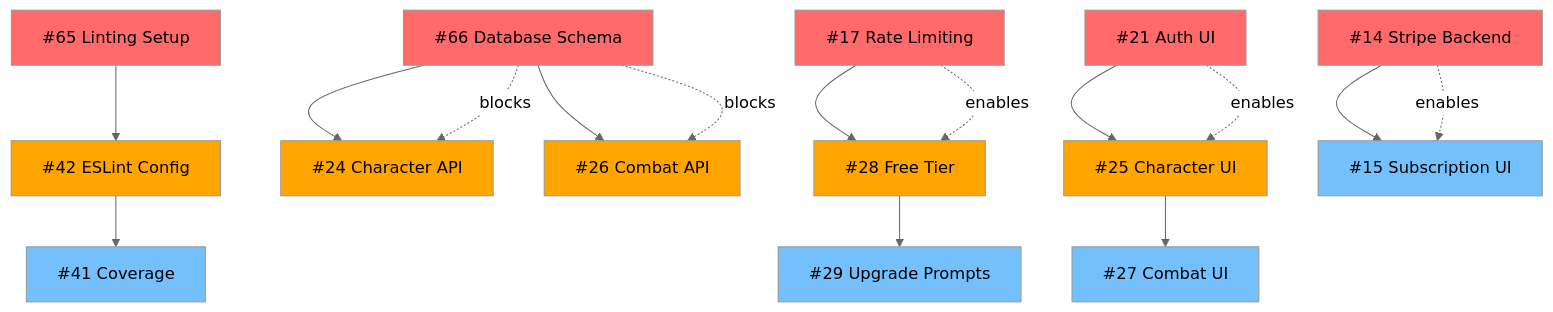
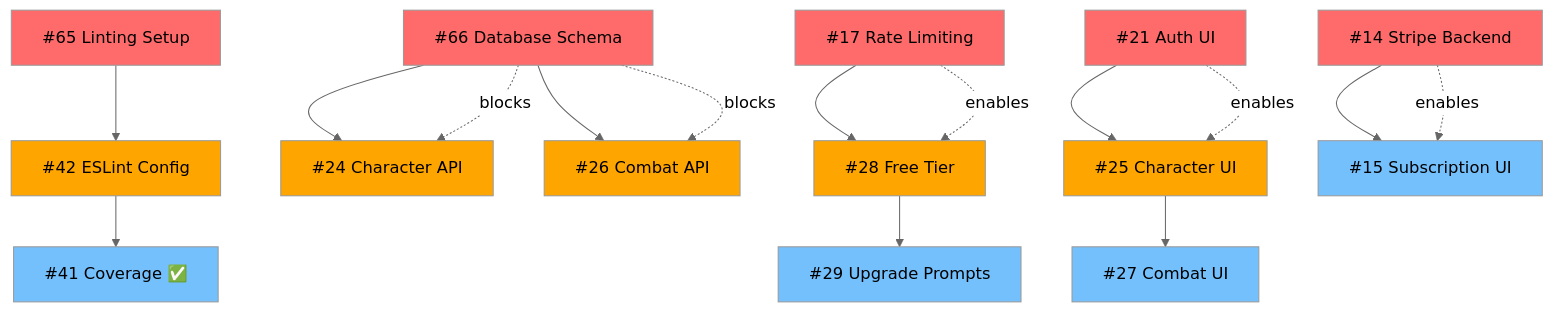
Before and after one commit to dougis/dnd-tracker-node: the diagram in docs/Execution-Plan.md, drawn with Mermaid (neutral theme). The commit also changed other lines of this file, not shown here.

````diff
--- a/docs/Execution-Plan.md
+++ b/docs/Execution-Plan.md
@@ -543,30 +543,30 @@
 ```mermaid
 graph TD
     A[#65 Linting Setup] --> B[#42 ESLint Config]
-    B --> C[#41 Coverage]
+    B --> C[#41 Coverage ✅]
     
     D[#66 Database Schema] --> E[#24 Character API]
     D --> F[#26 Combat API]
     
     G[#17 Rate Limiting] --> H[#28 Free Tier]
     H --> I[#29 Upgrade Prompts]
     
     J[#21 Auth UI] --> K[#25 Character UI]
     K --> L[#27 Combat UI]
     
     M[#14 Stripe Backend] --> N[#15 Subscription UI]
     
     D -.->|blocks| E
     D -.->|blocks| F
     G -.->|enables| H
     J -.->|enables| K
     M -.->|enables| N
     
     classDef critical fill:#ff6b6b
     classDef blocking fill:#ffa500
     classDef dependent fill:#74c0fc
     
     class A,D,G,J,M critical
     class B,E,F,H,K blocking
     class C,I,L,N dependent
 ```
````
